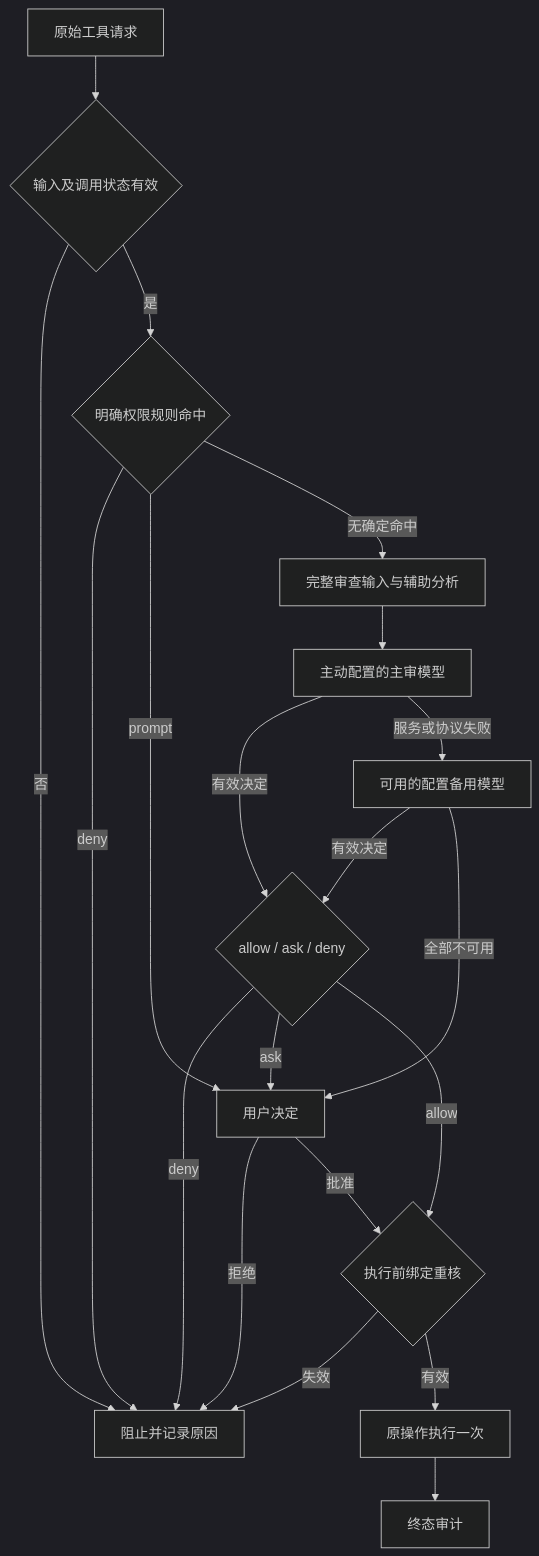
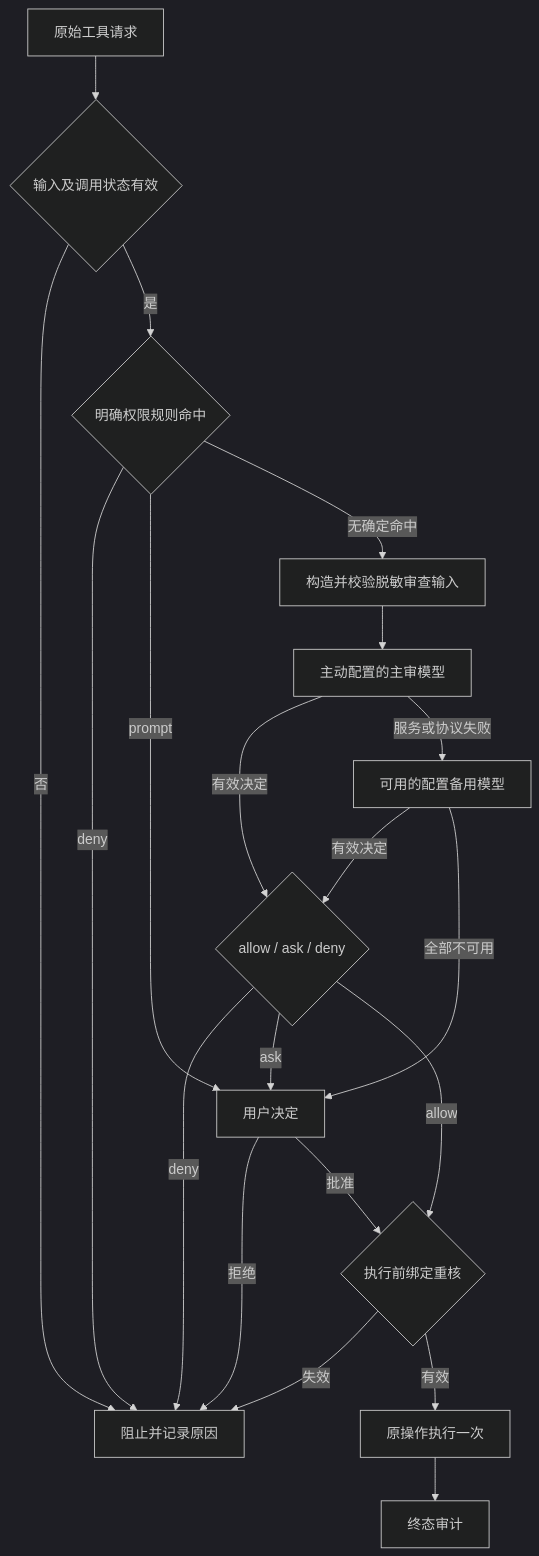
One commit to aniolgamarie/rotom changed the diagram in docs/omp-model-first-solution.md. Above: the diagram before and after it, drawn with Mermaid (dark theme). The commit also changed other lines of this file and 18 other files, not shown here.

````diff
--- a/docs/omp-model-first-solution.md
+++ b/docs/omp-model-first-solution.md
@@ -38,22 +39,22 @@
 ```mermaid
 flowchart TD
   A[原始工具请求] --> B{输入及调用状态有效}
   B -- 否 --> X[阻止并记录原因]
   B -- 是 --> C{明确权限规则命中}
   C -- deny --> X
   C -- prompt --> H[用户决定]
-  C -- 无确定命中 --> D[完整审查输入与辅助分析]
+  C -- 无确定命中 --> D[构造并校验脱敏审查输入]
   D --> E[主动配置的主审模型]
   E -- 有效决定 --> F{allow / ask / deny}
   E -- 服务或协议失败 --> G[可用的配置备用模型]
   G -- 有效决定 --> F
   G -- 全部不可用 --> H
   F -- deny --> X
   F -- ask --> H
   F -- allow --> I{执行前绑定重核}
   H -- 拒绝 --> X
   H -- 批准 --> I
   I -- 失效 --> X
   I -- 有效 --> J[原操作执行一次]
   J --> K[终态审计]
 ```
````
